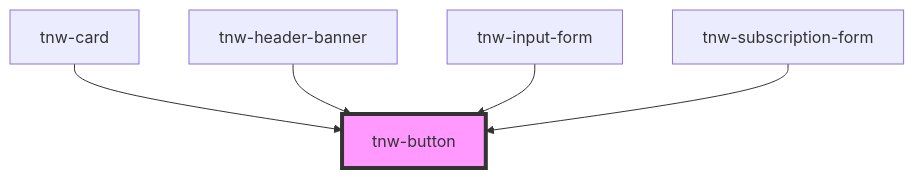
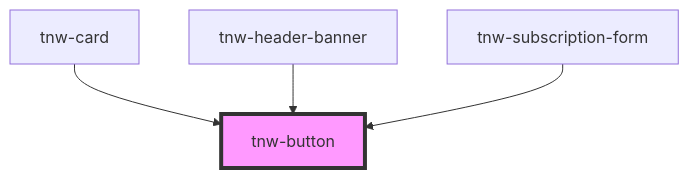
Before and after one commit to technway/technway-component-library: the diagram in packages/stencil-library/src/components/tnw-button/readme.md, drawn with Mermaid. The commit also changed other lines of this file and 18 other files, not shown here.

Commit message:
chore(stencil-library): remove deprecated tnw-input-form component

````diff
--- a/packages/stencil-library/src/components/tnw-button/readme.md
+++ b/packages/stencil-library/src/components/tnw-button/readme.md
@@ -92,8 +91,7 @@
 ```mermaid
 graph TD;
   tnw-card --> tnw-button
   tnw-header-banner --> tnw-button
-  tnw-input-form --> tnw-button
   tnw-subscription-form --> tnw-button
   style tnw-button fill:#f9f,stroke:#333,stroke-width:4px
 ```
````
